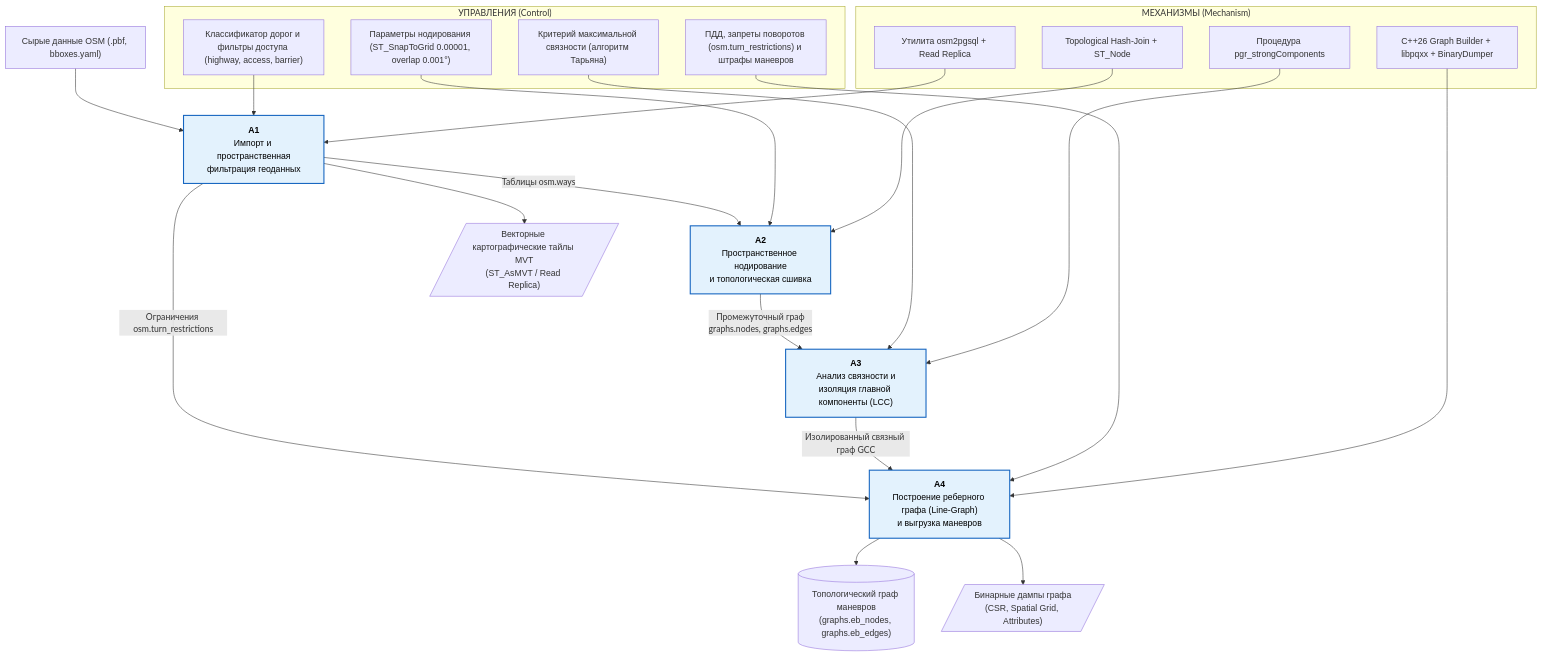
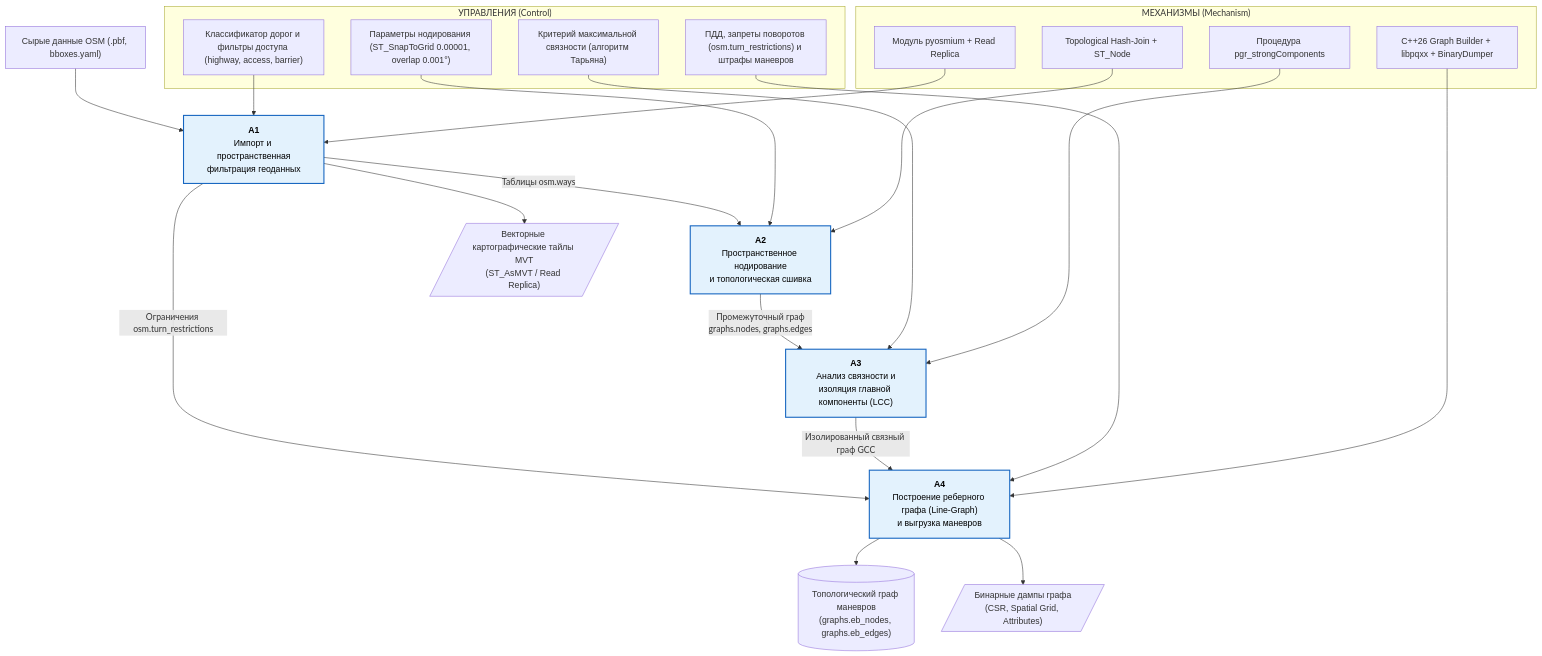
The diagram in assets/diagrams/01-idef0-decomp.mmd (L1CH7/magistracy-diplom-iu12-docs), drawn with Mermaid before and after one commit. The commit also changed 5 other files, not shown here.

```diff
--- a/assets/diagrams/01-idef0-decomp.mmd
+++ b/assets/diagrams/01-idef0-decomp.mmd
@@ -1,65 +1,65 @@
 flowchart TD
     %% =========================================================================
     %% IDEF0: Декомпозиция диаграммы A0 (Уровень 1)
     %% Блоки: A1 (Импорт) -> A2 (Нодирование) -> A3 (LCC) -> A4 (Line Graph & Дампы)
     %% =========================================================================
 
     %% Управляющие воздействия (Controls)
     subgraph Controls["УПРАВЛЕНИЯ (Control)"]
         C1["Классификатор дорог и фильтры доступа (highway, access, barrier)"]
         C2["Параметры нодирования (ST_SnapToGrid 0.00001, overlap 0.001°)"]
         C3["Критерий максимальной связности (алгоритм Тарьяна)"]
         C4["ПДД, запреты поворотов (osm.turn_restrictions) и штрафы маневров"]
     end
 
     %% Механизмы (Mechanisms)
     %% Механизмы (Mechanisms)
     subgraph Mechanisms["МЕХАНИЗМЫ (Mechanism)"]
-        M1["Утилита osm2pgsql + Read Replica"]
+        M1["Модуль pyosmium + Read Replica"]
         M2["Topological Hash-Join + ST_Node"]
         M3["Процедура pgr_strongComponents"]
         M4["C++26 Graph Builder + libpqxx + BinaryDumper"]
     end
 
     %% Входные данные
     InputOSM["Сырые данные OSM (.pbf, bboxes.yaml)"]
 
     %% Функциональные блоки
     A1["<b>А1</b><br/>Импорт и пространственная<br/>фильтрация геоданных"]:::box
     A2["<b>А2</b><br/>Пространственное нодирование<br/>и топологическая сшивка"]:::box
     A3["<b>А3</b><br/>Анализ связности и<br/>изоляция главной компоненты (LCC)"]:::box
     A4["<b>А4</b><br/>Построение реберного графа (Line-Graph)<br/>и выгрузка маневров"]:::box
 
     %% Итоговые выходы
     OutMVT[/"Векторные картографические тайлы MVT<br/>(ST_AsMVT / Read Replica)"/]
     OutDB[("Топологический граф маневров<br/>(graphs.eb_nodes, graphs.eb_edges)")]
     OutDumps[/"Бинарные дампы графа<br/>(CSR, Spatial Grid, Attributes)"/]
 
     %% Входы и межблочные потоки (Inputs & Internal Outputs)
     InputOSM --> A1
     A1 -->|"Таблицы osm.ways"| A2
     A1 -->|"Ограничения osm.turn_restrictions"| A4
     A2 -->|"Промежуточный граф<br/>graphs.nodes, graphs.edges"| A3
     A3 -->|"Изолированный связный граф GCC"| A4
 
     %% Выход MVT напрямую из блока А1 (через репликацию osm.ways)
     A1 --> OutMVT
 
     %% Управления к блокам (Controls -> Blocks)
     C1 --> A1
     C2 --> A2
     C3 --> A3
     C4 --> A4
 
     %% Механизмы к блокам (Mechanisms -> Blocks)
     M1 --> A1
     M2 --> A2
     M3 --> A3
     M4 --> A4
 
     %% Выходы из блока А4
     A4 --> OutDB
     A4 --> OutDumps
 
     classDef box fill:#e3f2fd,stroke:#1565c0,stroke-width:2px,color:#000;
     classDef default font-family:sans-serif;
```
